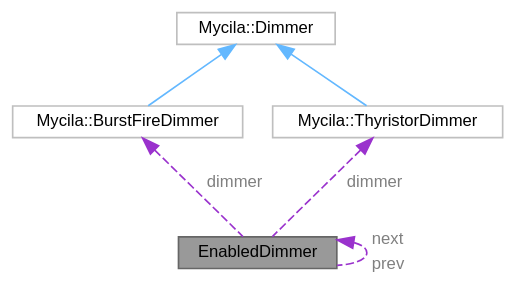
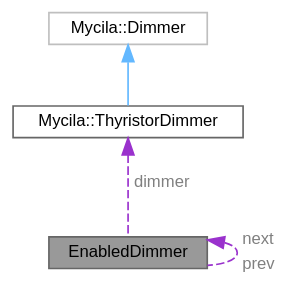
One commit to mathieucarbou/MycilaDimmer changed the diagram in docs/api/struct_enabled_dimmer__coll__graph.dot. Above: the diagram before and after it, drawn with Graphviz. The commit also changed 54 other files, not shown here.

```diff
--- a/docs/api/struct_enabled_dimmer__coll__graph.dot
+++ b/docs/api/struct_enabled_dimmer__coll__graph.dot
@@ -1,20 +1,16 @@
 digraph "EnabledDimmer"
 {
  // LATEX_PDF_SIZE
   bgcolor="transparent";
   edge [fontname=Helvetica,fontsize=10,labelfontname=Helvetica,labelfontsize=10];
   node [fontname=Helvetica,fontsize=10,shape=box,height=0.2,width=0.4];
   Node1 [id="Node000001",label="EnabledDimmer",height=0.2,width=0.4,color="gray40", fillcolor="grey60", style="filled", fontcolor="black",tooltip=" "];
   Node2 -> Node1 [id="edge1_Node000001_Node000002",dir="back",color="darkorchid3",style="dashed",tooltip=" ",label=<<TABLE CELLBORDER="0" BORDER="0"><TR><TD VALIGN="top" ALIGN="LEFT" CELLPADDING="1" CELLSPACING="0">dimmer</TD></TR>
 </TABLE>> ,fontcolor="grey" ];
-  Node2 [id="Node000002",label="Mycila::BurstFireDimmer",height=0.2,width=0.4,color="grey75", fillcolor="white", style="filled",URL="$class_mycila_1_1_burst_fire_dimmer.html",tooltip=" "];
+  Node2 [id="Node000002",label="Mycila::ThyristorDimmer",height=0.2,width=0.4,color="gray40", fillcolor="white", style="filled",URL="$class_mycila_1_1_thyristor_dimmer.html",tooltip="Thyristor (TRIAC) based dimmer implementation for TRIAC and Random SSR dimmers."];
   Node3 -> Node2 [id="edge2_Node000002_Node000003",dir="back",color="steelblue1",style="solid",tooltip=" "];
   Node3 [id="Node000003",label="Mycila::Dimmer",height=0.2,width=0.4,color="grey75", fillcolor="white", style="filled",URL="$class_mycila_1_1_dimmer.html",tooltip=" "];
-  Node4 -> Node1 [id="edge3_Node000001_Node000004",dir="back",color="darkorchid3",style="dashed",tooltip=" ",label=<<TABLE CELLBORDER="0" BORDER="0"><TR><TD VALIGN="top" ALIGN="LEFT" CELLPADDING="1" CELLSPACING="0">dimmer</TD></TR>
-</TABLE>> ,fontcolor="grey" ];
-  Node4 [id="Node000004",label="Mycila::ThyristorDimmer",height=0.2,width=0.4,color="grey75", fillcolor="white", style="filled",URL="$class_mycila_1_1_thyristor_dimmer.html",tooltip=" "];
-  Node3 -> Node4 [id="edge4_Node000004_Node000003",dir="back",color="steelblue1",style="solid",tooltip=" "];
-  Node1 -> Node1 [id="edge5_Node000001_Node000001",dir="back",color="darkorchid3",style="dashed",tooltip=" ",label=<<TABLE CELLBORDER="0" BORDER="0"><TR><TD VALIGN="top" ALIGN="LEFT" CELLPADDING="1" CELLSPACING="0">next</TD></TR>
+  Node1 -> Node1 [id="edge3_Node000001_Node000001",dir="back",color="darkorchid3",style="dashed",tooltip=" ",label=<<TABLE CELLBORDER="0" BORDER="0"><TR><TD VALIGN="top" ALIGN="LEFT" CELLPADDING="1" CELLSPACING="0">next</TD></TR>
 <TR><TD VALIGN="top" ALIGN="LEFT" CELLPADDING="1" CELLSPACING="0">prev</TD></TR>
 </TABLE>> ,fontcolor="grey" ];
 }
```
